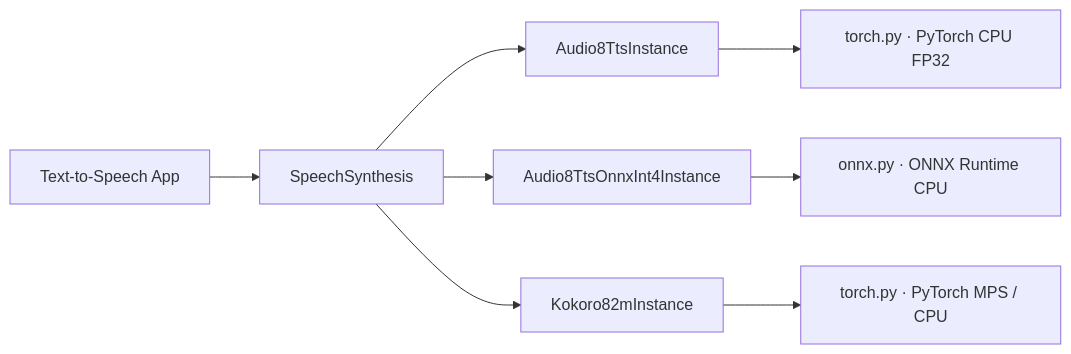
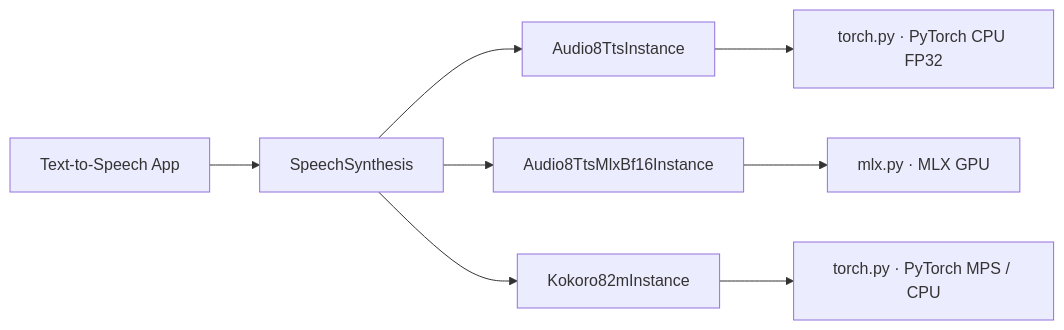
Before and after one commit to devilyouwei/hugging-mac: the diagram in doc/22-text-to-speech-sdk.md, drawn with Mermaid. The commit also changed other lines of this file and 77 other files, not shown here.

````diff
--- a/doc/22-text-to-speech-sdk.md
+++ b/doc/22-text-to-speech-sdk.md
@@ -14,10 +14,10 @@
 ```mermaid
 flowchart LR
     App["Text-to-Speech App"] --> Capability["SpeechSynthesis"]
     Capability --> A8["Audio8TtsInstance"]
-    Capability --> A8Onnx["Audio8TtsOnnxInt4Instance"]
+    Capability --> A8Mlx["Audio8TtsMlxBf16Instance"]
     Capability --> K["Kokoro82mInstance"]
     A8 --> A8Torch["torch.py · PyTorch CPU FP32"]
-    A8Onnx --> A8Ort["onnx.py · ONNX Runtime CPU"]
+    A8Mlx --> A8Gpu["mlx.py · MLX GPU"]
     K --> KTorch["torch.py · PyTorch MPS / CPU"]
 ```
````
